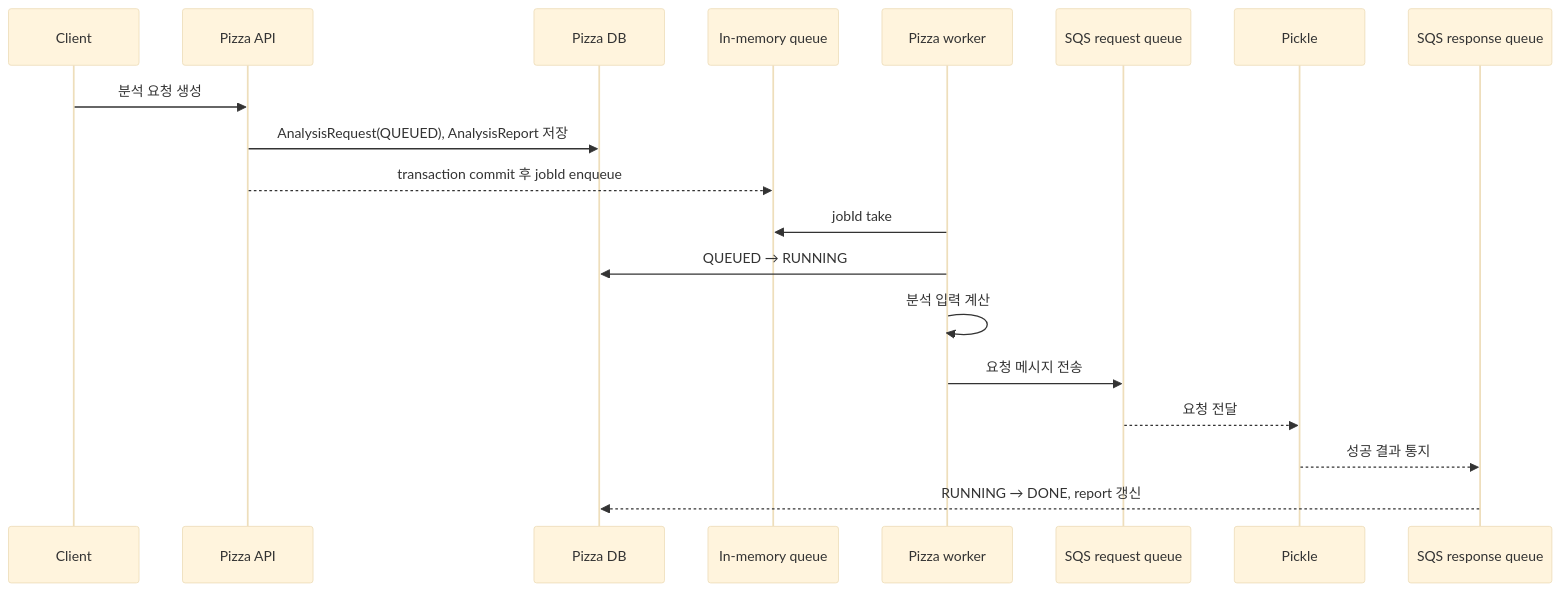
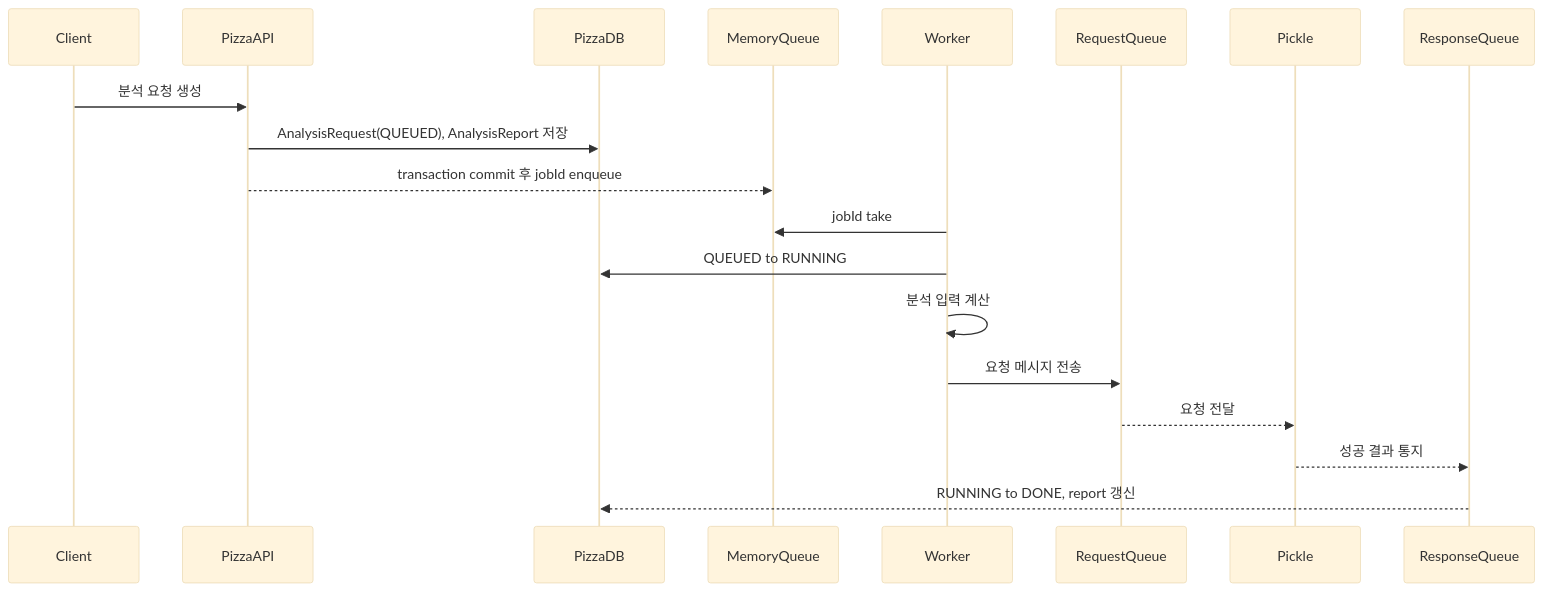
One commit to dawwson/psycho.pizza changed the first of 2 diagrams in docs/analysis-pipeline/lifecycle.md. Above: the diagram before and after it, drawn with Mermaid (base theme). The commit also changed other lines of this file and 3 other files, not shown here.

````diff
--- a/docs/analysis-pipeline/lifecycle.md
+++ b/docs/analysis-pipeline/lifecycle.md
@@ -13,22 +13,22 @@
 ```mermaid
 sequenceDiagram
     participant Client
-    participant PizzaAPI as Pizza API
-    participant PizzaDB as Pizza DB
-    participant MemoryQueue as In-memory queue
-    participant Worker as Pizza worker
-    participant RequestQueue as SQS request queue
+    participant PizzaAPI
+    participant PizzaDB
+    participant MemoryQueue
+    participant Worker
+    participant RequestQueue
     participant Pickle
-    participant ResponseQueue as SQS response queue
+    participant ResponseQueue
 
     Client->>PizzaAPI: 분석 요청 생성
     PizzaAPI->>PizzaDB: AnalysisRequest(QUEUED), AnalysisReport 저장
     PizzaAPI-->>MemoryQueue: transaction commit 후 jobId enqueue
     Worker->>MemoryQueue: jobId take
-    Worker->>PizzaDB: QUEUED → RUNNING
+    Worker->>PizzaDB: QUEUED to RUNNING
     Worker->>Worker: 분석 입력 계산
     Worker->>RequestQueue: 요청 메시지 전송
     RequestQueue-->>Pickle: 요청 전달
     Pickle-->>ResponseQueue: 성공 결과 통지
-    ResponseQueue-->>PizzaDB: RUNNING → DONE, report 갱신
+    ResponseQueue-->>PizzaDB: RUNNING to DONE, report 갱신
 ```
````
